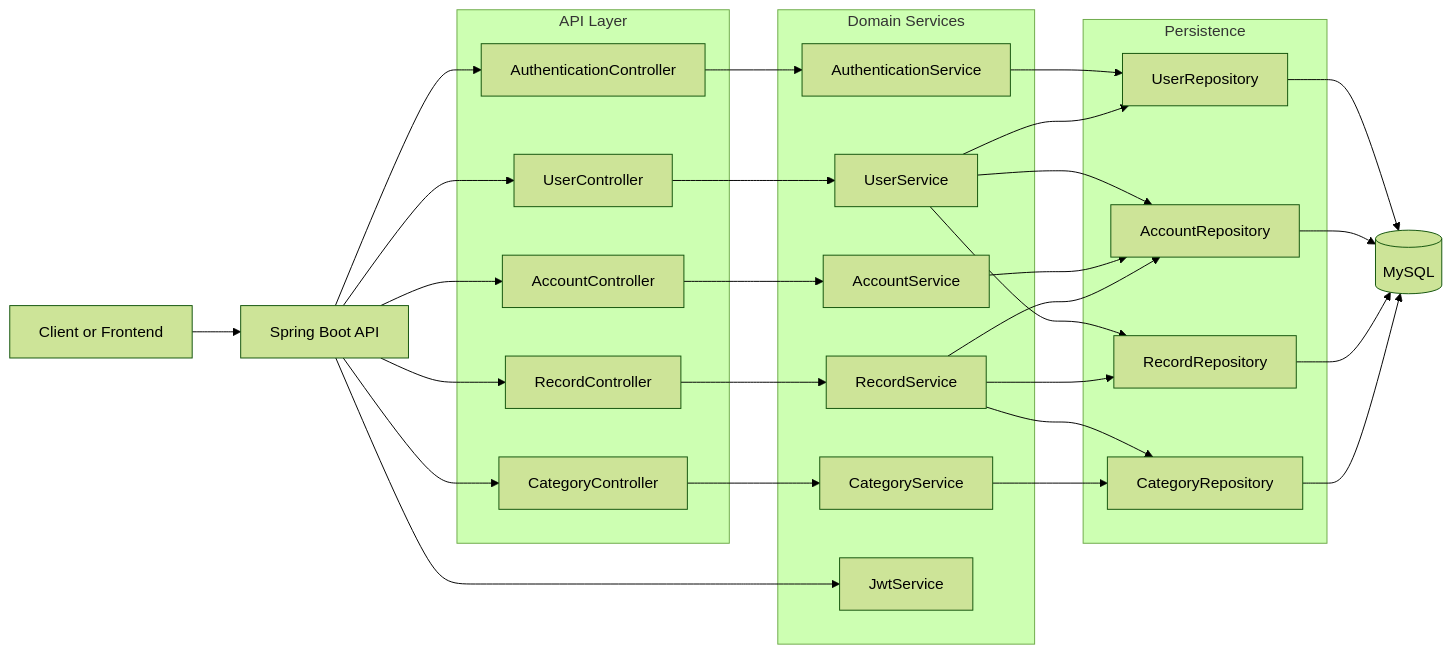
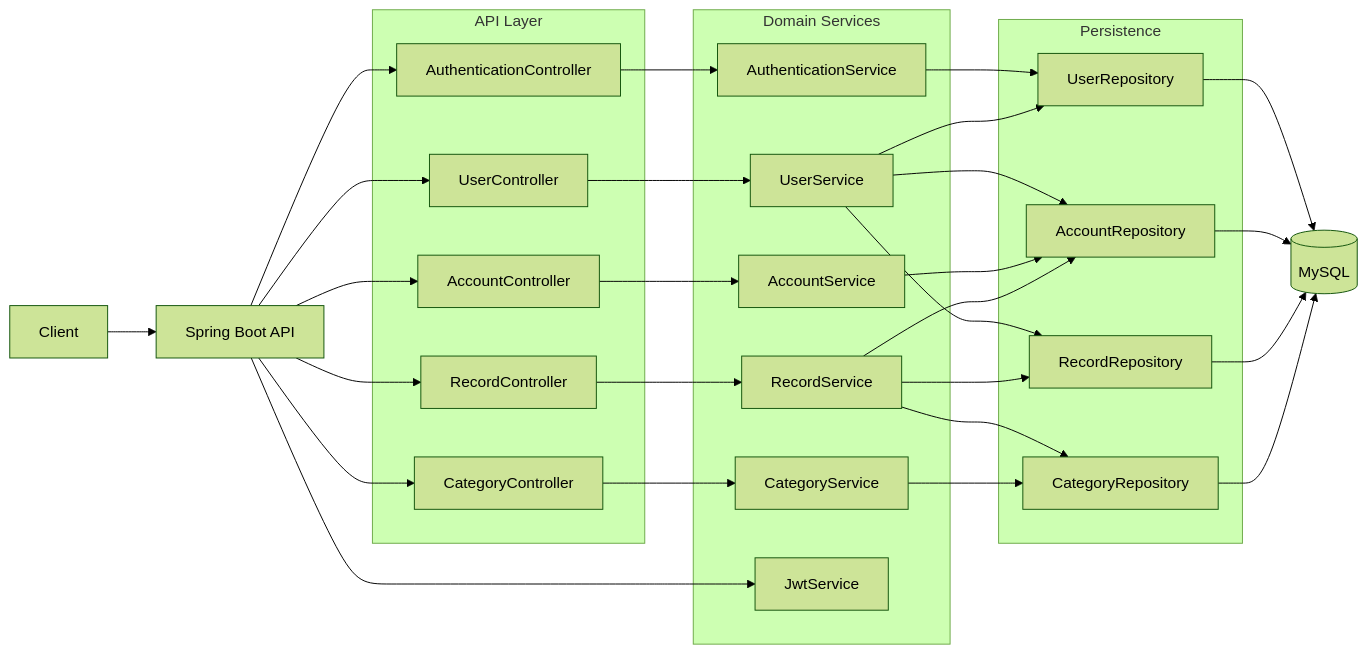
One commit to saMM7111/Finance-Dashboard-BE changed the first of 2 diagrams in README.md. Above: the diagram before and after it, drawn with Mermaid (forest theme). The commit also changed other lines of this file, not shown here.

Commit message:
fix(docs): update mermaid syntax for github compatibility

````diff
--- a/README.md
+++ b/README.md
@@ -33,59 +33,59 @@
 ```mermaid
 flowchart LR
-        C[Client or Frontend] --> A[Spring Boot API]
+        C[Client] --> A[Spring Boot API]
 
-        subgraph API_LAYER[API Layer]
+        subgraph "API Layer"
                 AC[AuthenticationController]
                 UC[UserController]
                 ACC[AccountController]
                 RC[RecordController]
                 CC[CategoryController]
         end
 
-        subgraph DOMAIN_SERVICES[Domain Services]
+        subgraph "Domain Services"
                 AS[AuthenticationService]
                 US[UserService]
                 ACS[AccountService]
                 RS[RecordService]
                 CS[CategoryService]
                 JS[JwtService]
         end
 
-        subgraph PERSISTENCE[Persistence]
+        subgraph "Persistence"
                 UR[UserRepository]
                 AR[AccountRepository]
                 RR[RecordRepository]
                 CR[CategoryRepository]
         end
 
         DB[(MySQL)]
 
         A --> AC
         A --> UC
         A --> ACC
         A --> RC
         A --> CC
 
         AC --> AS
         UC --> US
         ACC --> ACS
         RC --> RS
         CC --> CS
 
         AS --> UR
         US --> UR
         US --> AR
         US --> RR
         ACS --> AR
         RS --> RR
         RS --> AR
         RS --> CR
         CS --> CR
 
         UR --> DB
         AR --> DB
         RR --> DB
         CR --> DB
 
         A --> JS
 ```
````
